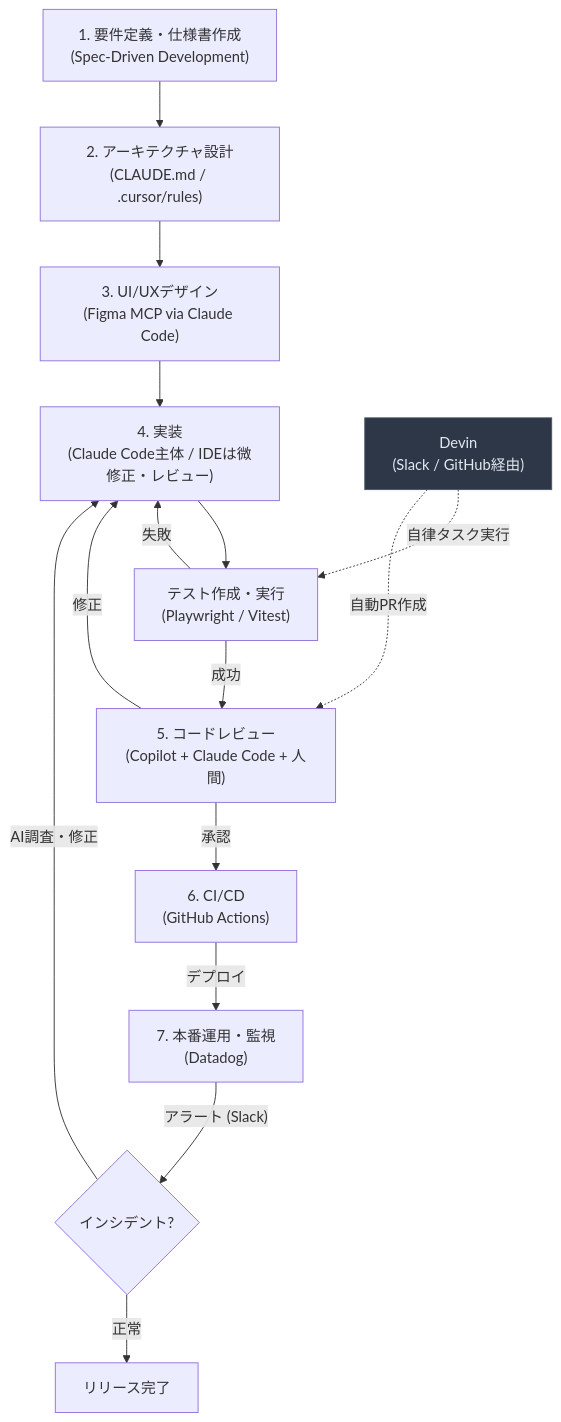
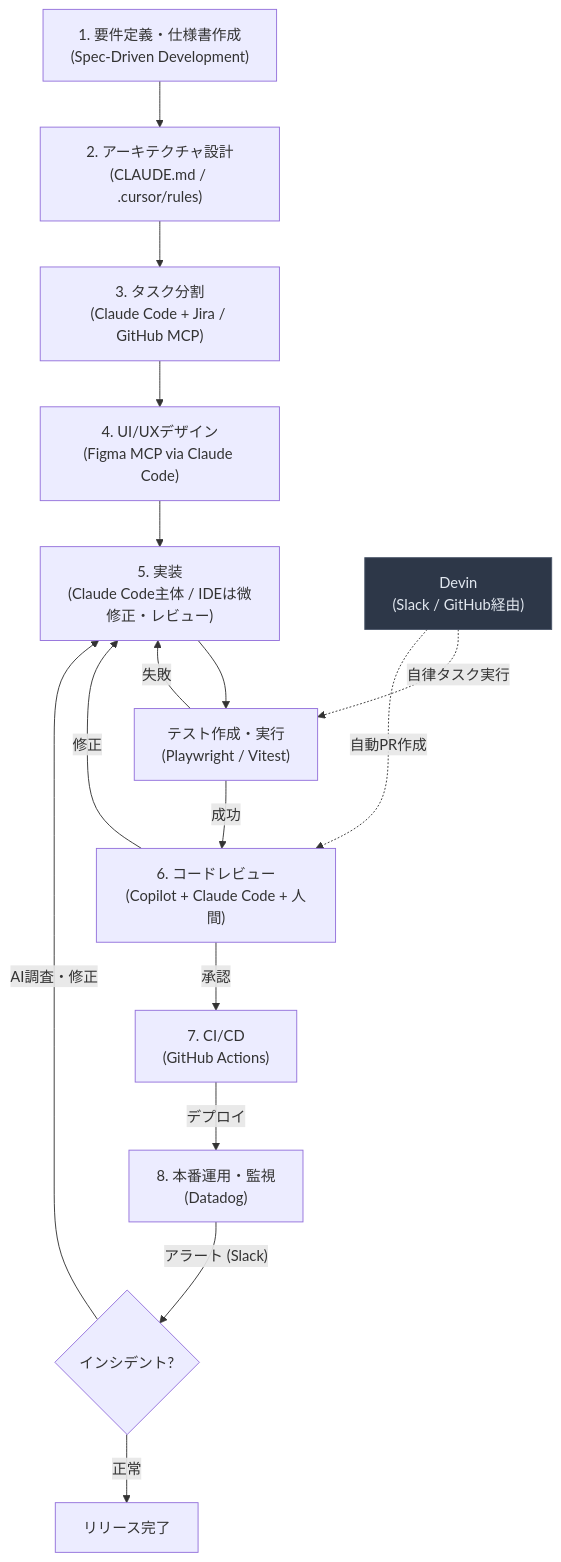
Before and after one commit to takuma39/ai: the fifth of 27 diagrams in AI駆動開発.md, drawn with Mermaid. The commit also changed other lines of this file, not shown here.

Commit message:
update: AI駆動開発.mdを更新

````diff
--- a/AI駆動開発.md
+++ b/AI駆動開発.md
@@ -172,19 +172,20 @@
 ```mermaid
 flowchart TD
     A["1. 要件定義・仕様書作成<br/>(Spec-Driven Development)"] --> B["2. アーキテクチャ設計<br/>(CLAUDE.md / .cursor/rules)"]
-    B --> C["3. UI/UXデザイン<br/>(Figma MCP via Claude Code)"]
-    C --> D["4. 実装<br/>(Claude Code主体 / IDEは微修正・レビュー)"]
+    B --> TS["3. タスク分割<br/>(Claude Code + Jira / GitHub MCP)"]
+    TS --> C["4. UI/UXデザイン<br/>(Figma MCP via Claude Code)"]
+    C --> D["5. 実装<br/>(Claude Code主体 / IDEは微修正・レビュー)"]
     D --> T["テスト作成・実行<br/>(Playwright / Vitest)"]
     T -->|"失敗"| D
-    T -->|"成功"| E["5. コードレビュー<br/>(Copilot + Claude Code + 人間)"]
+    T -->|"成功"| E["6. コードレビュー<br/>(Copilot + Claude Code + 人間)"]
     E -->|修正| D
-    E -->|承認| F["6. CI/CD<br/>(GitHub Actions)"]
-    F -->|デプロイ| G["7. 本番運用・監視<br/>(Datadog)"]
+    E -->|承認| F["7. CI/CD<br/>(GitHub Actions)"]
+    F -->|デプロイ| G["8. 本番運用・監視<br/>(Datadog)"]
     G -->|"アラート (Slack)"| H{"インシデント?"}
     H -->|"AI調査・修正"| D
     H -->|"正常"| I["リリース完了"]
 
     D2["Devin<br/>(Slack / GitHub経由)"] -.->|"自律タスク実行"| T
     D2 -.->|"自動PR作成"| E
     style D2 fill:#2d3748,stroke:#4a5568,color:#e2e8f0
 ```
````
